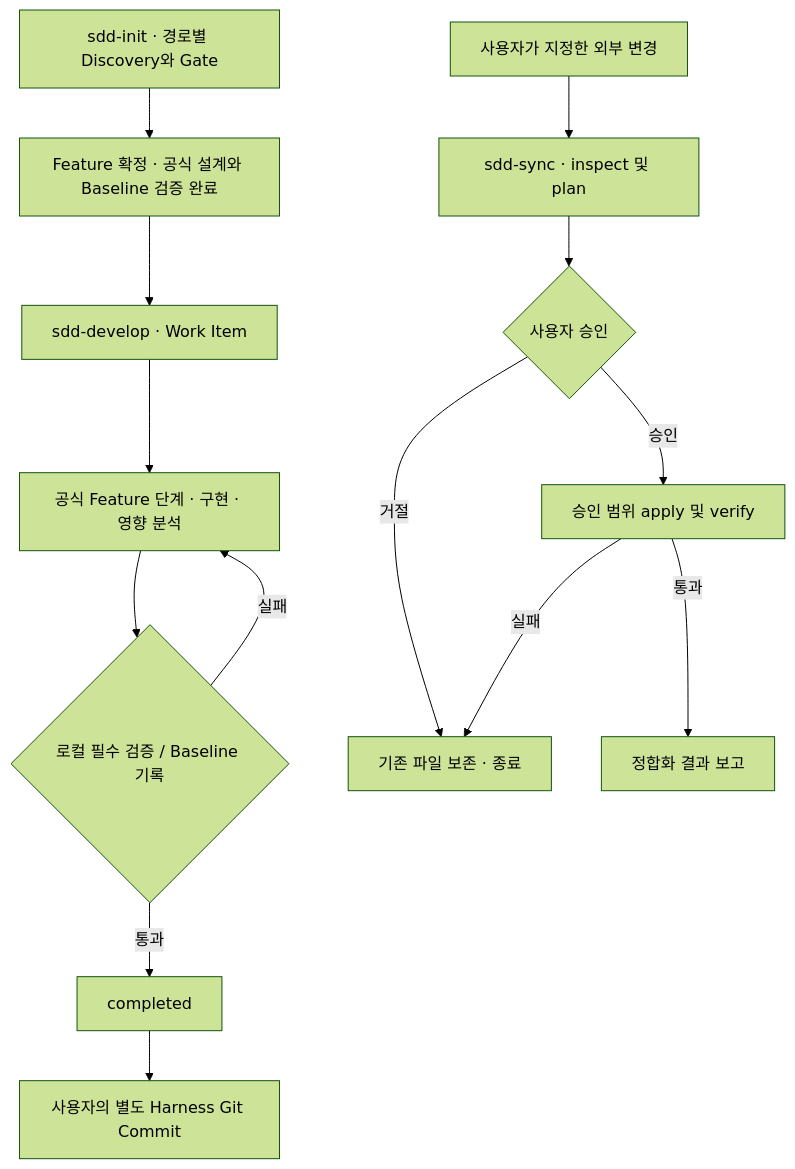
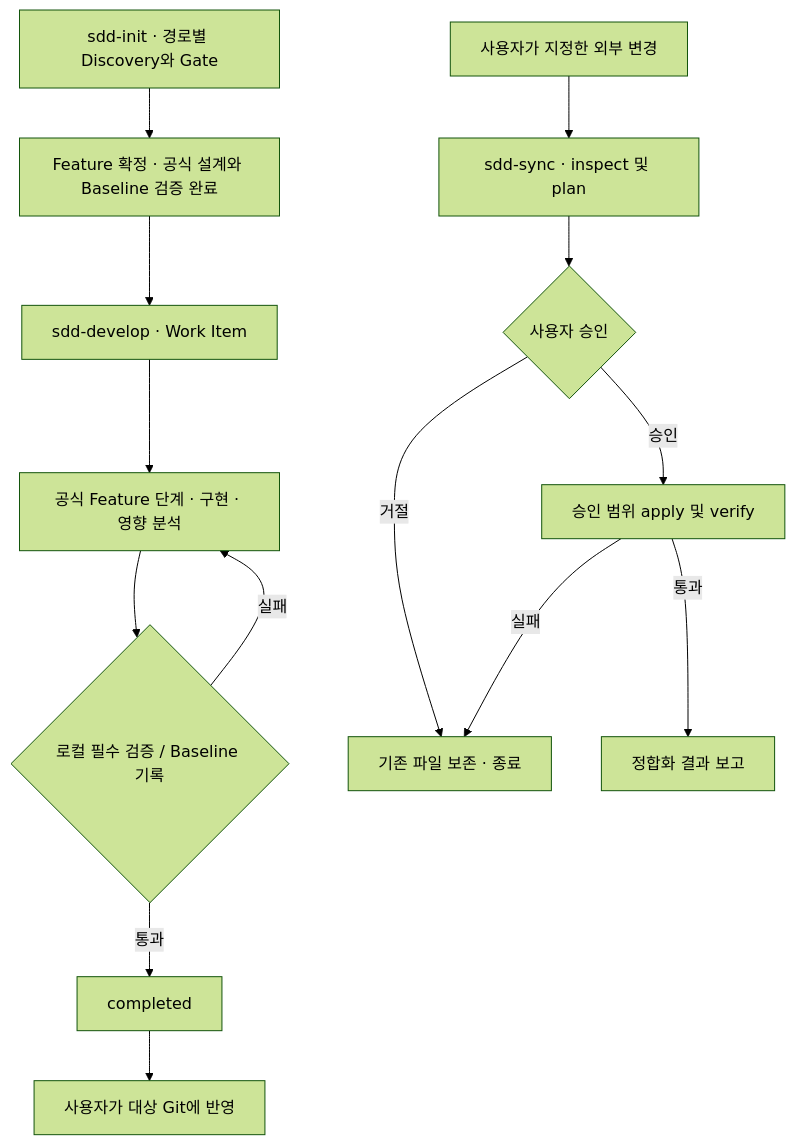
One commit to jungsangU/spec-thread changed the second of 3 diagrams in docs/design/SpecThread-통합-상세-설계서.md. Above: the diagram before and after it, drawn with Mermaid (forest theme). The commit also changed other lines of this file and 34 other files, not shown here.

```diff
--- a/docs/design/SpecThread-통합-상세-설계서.md
+++ b/docs/design/SpecThread-통합-상세-설계서.md
@@ -193,16 +164,16 @@
 ~~~mermaid
 flowchart TD
   I["sdd-init · 경로별 Discovery와 Gate"] --> R["Feature 확정 · 공식 설계와 Baseline 검증 완료"]
   R --> D["sdd-develop · Work Item"]
   D --> F["공식 Feature 단계 · 구현 · 영향 분석"]
   F --> L{"로컬 필수 검증 / Baseline 기록"}
   L -->|실패| F
   L -->|통과| C["completed"]
-  C --> G["사용자의 별도 Harness Git Commit"]
+  C --> G["사용자가 대상 Git에 반영"]
   E["사용자가 지정한 외부 변경"] --> Y["sdd-sync · inspect 및 plan"]
   Y --> A{"사용자 승인"}
   A -->|거절| X["기존 파일 보존 · 종료"]
   A -->|승인| Z["승인 범위 apply 및 verify"]
   Z -->|실패| X
   Z -->|통과| S["정합화 결과 보고"]
 ~~~
```
